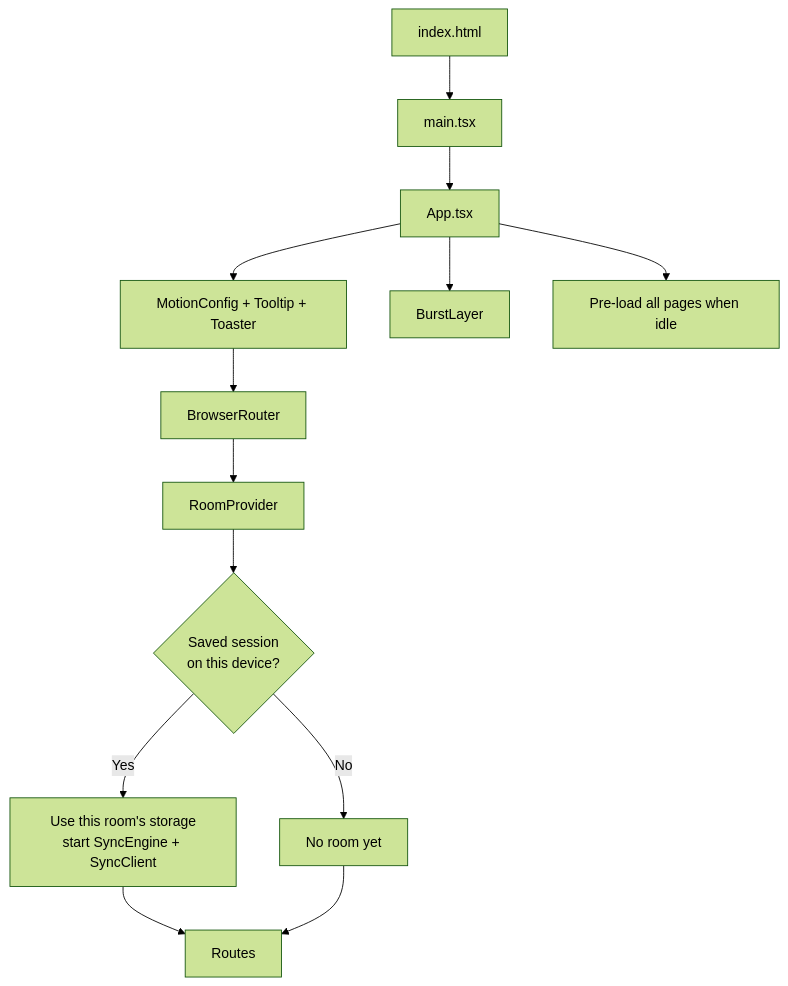
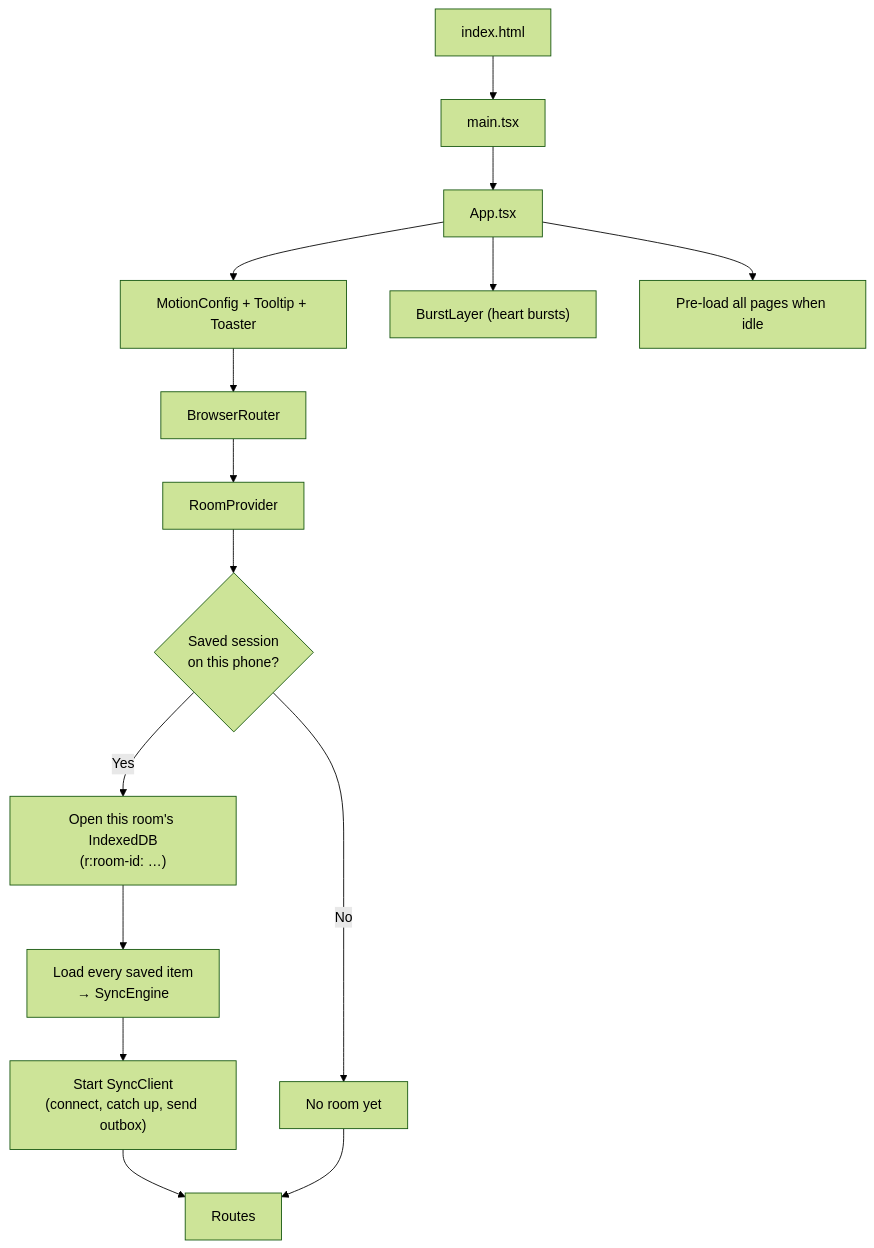
Before and after one commit to silent-coder-dev/private-space: the eighth of 27 diagrams in front-end/doc/04-flowcharts.md, drawn with Mermaid (forest theme). The commit also changed other lines of this file and 144 other files, not shown here.

````diff
--- a/front-end/doc/04-flowcharts.md
+++ b/front-end/doc/04-flowcharts.md
@@ -177,15 +173,17 @@
 ```mermaid
 flowchart TD
     A["index.html"] --> B["main.tsx"]
     B --> C["App.tsx"]
     C --> D["MotionConfig + Tooltip + Toaster"]
     D --> E["BrowserRouter"]
     E --> F["RoomProvider"]
-    F --> G{"Saved session<br/>on this device?"}
-    G -->|"Yes"| H["Use this room's storage<br/>start SyncEngine + SyncClient"]
+    F --> G{"Saved session<br/>on this phone?"}
+    G -->|"Yes"| H["Open this room's IndexedDB<br/>(r:room-id: …)"]
+    H --> H2["Load every saved item<br/>→ SyncEngine"]
+    H2 --> H3["Start SyncClient<br/>(connect, catch up, send outbox)"]
     G -->|"No"| I["No room yet"]
-    H --> J["Routes"]
+    H3 --> J["Routes"]
     I --> J
-    C --> K["BurstLayer"]
+    C --> K["BurstLayer (heart bursts)"]
     C --> L["Pre-load all pages when idle"]
 ```
````
